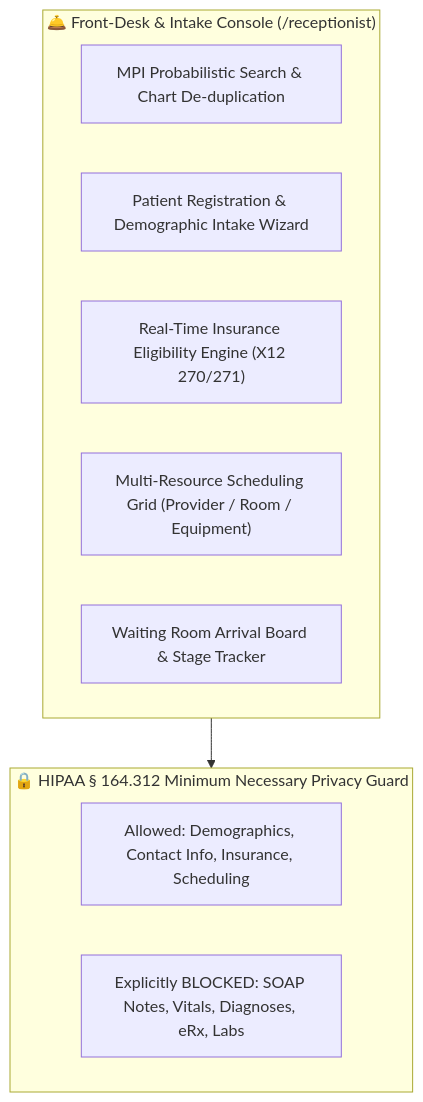
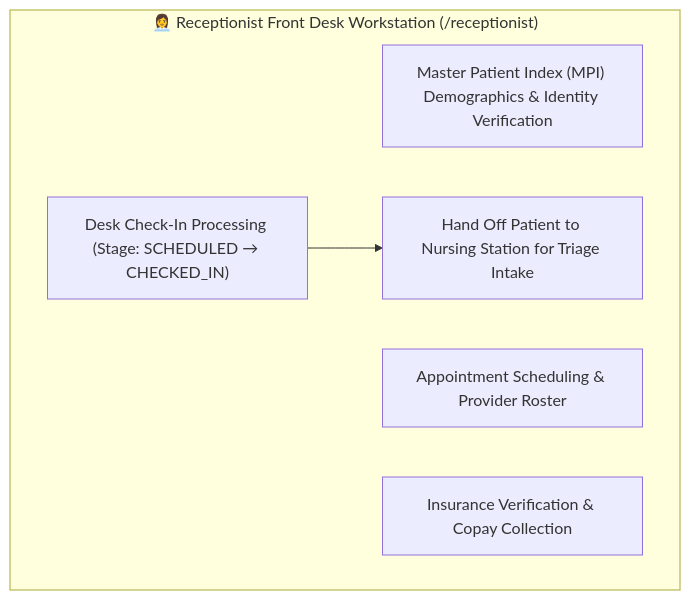
One commit to kamranxdev/Sentinel-EHR changed the diagram in docs/workspaces/receptionist-workspace-spec.md. Above: the diagram before and after it, drawn with Mermaid. The commit also changed other lines of this file and 17 other files, not shown here.

Commit message:
feat: implement nurse triage vitals intake flow and update appointment staging status to IN_CONSULTATION

````diff
--- a/docs/workspaces/receptionist-workspace-spec.md
+++ b/docs/workspaces/receptionist-workspace-spec.md
@@ -11,17 +11,10 @@
 ```mermaid
 flowchart TD
-    subgraph Reception_Desk ["🛎️ Front-Desk & Intake Console (/receptionist)"]
-        MPI_Search["MPI Probabilistic Search & Chart De-duplication"]
-        IntakeWizard["Patient Registration & Demographic Intake Wizard"]
-        RTE_Engine["Real-Time Insurance Eligibility Engine (X12 270/271)"]
-        SchedulingGrid["Multi-Resource Scheduling Grid (Provider / Room / Equipment)"]
-        CheckInQueue["Waiting Room Arrival Board & Stage Tracker"]
+    subgraph Front_Desk ["👩‍💼 Receptionist Front Desk Workstation (/receptionist)"]
+        MPI["Master Patient Index (MPI) Demographics & Identity Verification"]
+        Schedule["Appointment Scheduling & Provider Roster"]
+        CheckIn["Desk Check-In Processing (Stage: SCHEDULED → CHECKED_IN)"]
+        Insurance["Insurance Verification & Copay Collection"]
+        CheckIn --> HandOff["Hand Off Patient to Nursing Station for Triage Intake"]
     end
-
-    subgraph Privacy_Enclosure ["🔒 HIPAA § 164.312 Minimum Necessary Privacy Guard"]
-        DemographicsOnly["Allowed: Demographics, Contact Info, Insurance, Scheduling"]
-        ClinicalBlocked["Explicitly BLOCKED: SOAP Notes, Vitals, Diagnoses, eRx, Labs"]
-    end
-
-    Reception_Desk --> Privacy_Enclosure
 ```
````
